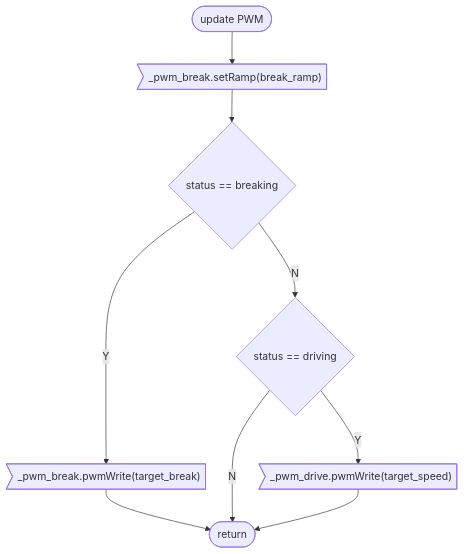
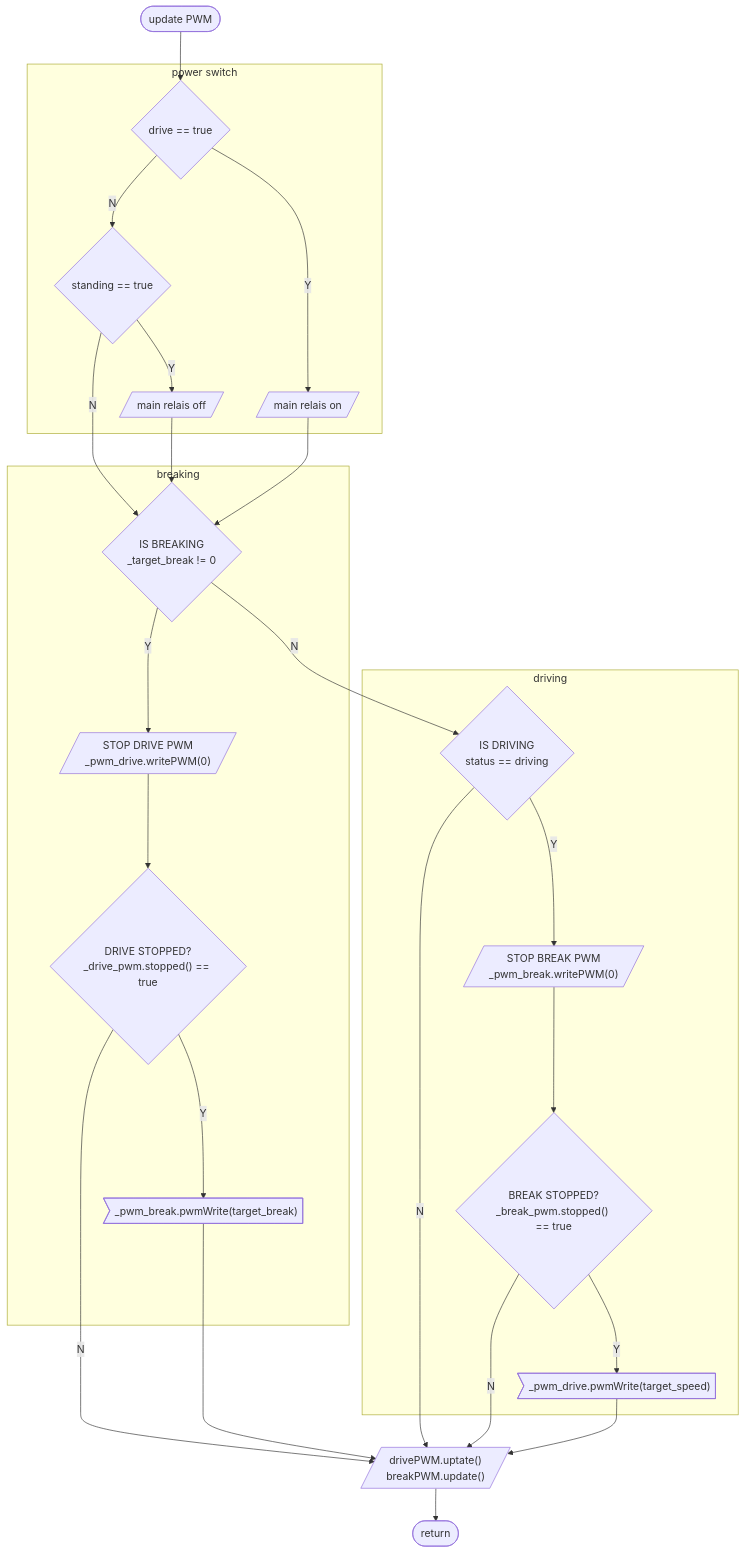
The sixth of 7 diagrams in Loco_can_motor/FLOWCHART.md (loco-can/loco-can-software), drawn with Mermaid before and after one commit. The commit also changed other lines of this file and 3 other files, not shown here.

Commit message:
motor new flow conversion started

````diff
--- a/Loco_can_motor/FLOWCHART.md
+++ b/Loco_can_motor/FLOWCHART.md
@@ -259,22 +241,49 @@
 ```mermaid
 graph TD
 
     START([update PWM]);
     END([return]);
 
+    subgraph power switch
+        IS_DRIVE_ON{drive == true};
+        MAIN_ON[/main relais on/];
+        MAIN_IS_STANDING{standing == true};
+        MAIN_OFF[/main relais off/];
+    end
 
     %% definitions
-    IS_BREAKING{status == breaking};
-    IS_DRIVING{status == driving};
-    SET_BREAK_TIME>"_pwm_break.setRamp(break_ramp)"];
-    SET_DRIVE>"_pwm_drive.pwmWrite(target_speed)"];
-    SET_BREAK>"_pwm_break.pwmWrite(target_break)"];
+    subgraph breaking
+        IS_BREAKING{"IS BREAKING\n_target_break != 0"};
+        STOP_DRIVE[/"STOP DRIVE PWM\n_pwm_drive.writePWM(0)"/];
+        IS_DRIVE_STOPPED{"DRIVE STOPPED?\n_drive_pwm.stopped() == true"};
+        SET_BREAK>"_pwm_break.pwmWrite(target_break)"];
+    end
+
+    subgraph driving
+        STOP_BREAK[/"STOP BREAK PWM\n_pwm_break.writePWM(0)"/];
+        IS_DRIVING{"IS DRIVING\nstatus == driving"};
+        IS_BREAK_STOPPED{"BREAK STOPPED?\n_break_pwm.stopped() == true"};
+        SET_DRIVE>"_pwm_drive.pwmWrite(target_speed)"];
+    end
+
+    UPDATE[/"drivePWM.uptate()\nbreakPWM.update()"/];
 
 
     %% flow
-    START --> SET_BREAK_TIME --> IS_BREAKING;
+    START --> IS_DRIVE_ON;
+    IS_DRIVE_ON --> |N| MAIN_IS_STANDING;
+    MAIN_IS_STANDING --> |N| IS_BREAKING;
+    MAIN_IS_STANDING --> |Y| MAIN_OFF --> IS_BREAKING;
+    IS_DRIVE_ON --> |Y| MAIN_ON --> IS_BREAKING;
+
     IS_BREAKING --> |N| IS_DRIVING;
-    IS_BREAKING --> |Y| SET_BREAK --> END;
-    IS_DRIVING --> |N| END;
-    IS_DRIVING --> |Y| SET_DRIVE --> END;
+    IS_BREAKING --> |Y| STOP_DRIVE --> IS_DRIVE_STOPPED;
+    IS_DRIVE_STOPPED --> |N| UPDATE;
+    IS_DRIVE_STOPPED --> |Y| SET_BREAK --> UPDATE;
+    IS_DRIVING --> |N| UPDATE;
+    IS_DRIVING --> |Y| STOP_BREAK --> IS_BREAK_STOPPED;
+    IS_BREAK_STOPPED --> |N| UPDATE;
+    IS_BREAK_STOPPED --> |Y| SET_DRIVE --> UPDATE;
+    UPDATE --> END;
+
 ```
````
